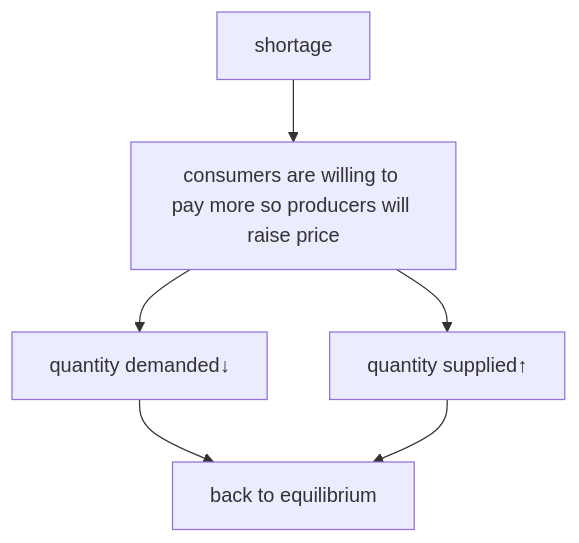
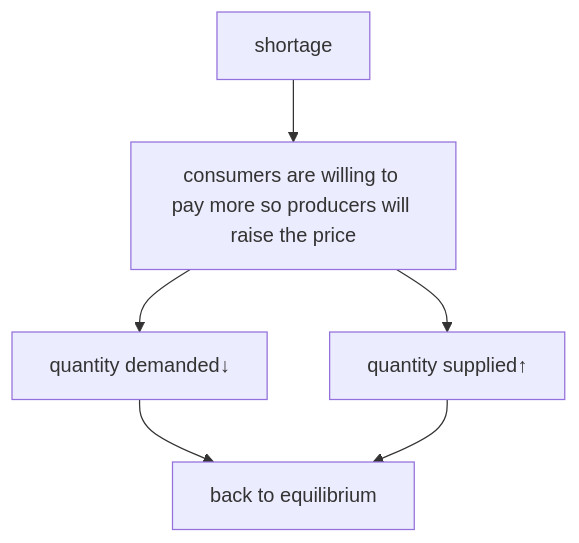
One commit to xin1z/IGCSE-Notes changed the second of 2 diagrams in Economics/2. The Allocation of Resources/2.4 Price determination.md. Above: the diagram before and after it, drawn with Mermaid. The commit also changed other lines of this file and 1 other file, not shown here.

````diff
--- a/Economics/2. The Allocation of Resources/2.4 Price determination.md
+++ b/Economics/2. The Allocation of Resources/2.4 Price determination.md
@@ -51,15 +51,15 @@
 ```mermaid
 flowchart TD
 
 A[shortage]
-B[consumers are willing to pay more so producers will raise price]
+B[consumers are willing to pay more so producers will raise the price]
 C[quantity demanded&darr;]
 D[quantity supplied&uarr;]
 E[back to equilibrium]
 
 A --> B
 B --> C
 B --> D
 C --> E
 D --> E
 ```
````
